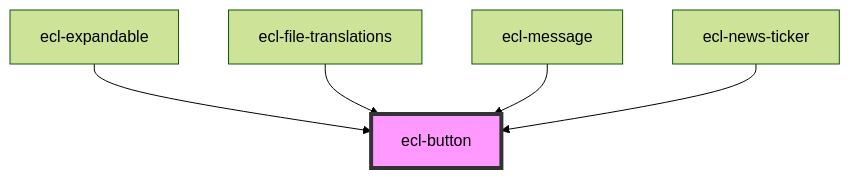
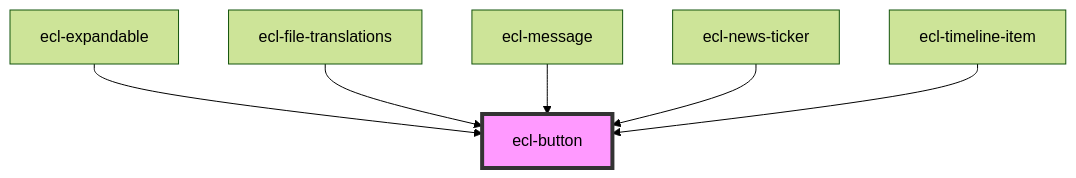
Before and after one commit to ec-europa/ecl-webcomponents: the diagram in src/components/ecl-button/readme.md, drawn with Mermaid (forest theme). The commit also changed other lines of this file and 14 other files, not shown here.

Commit message:
chore(webcomponents): Adding timeline

````diff
--- a/src/components/ecl-button/readme.md
+++ b/src/components/ecl-button/readme.md
@@ -25,8 +26,9 @@
 ```mermaid
 graph TD;
   ecl-expandable --> ecl-button
   ecl-file-translations --> ecl-button
   ecl-message --> ecl-button
   ecl-news-ticker --> ecl-button
+  ecl-timeline-item --> ecl-button
   style ecl-button fill:#f9f,stroke:#333,stroke-width:4px
 ```
````
